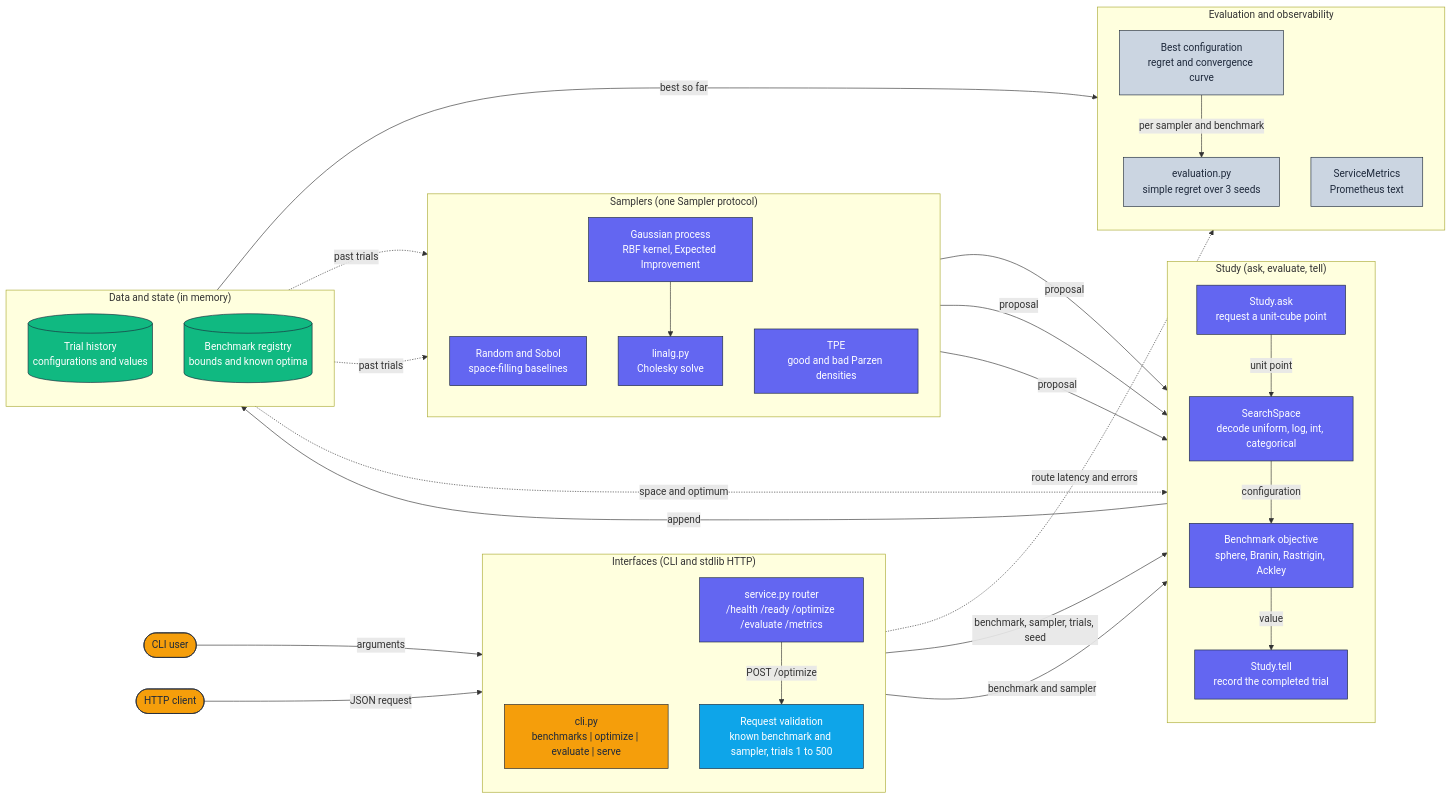
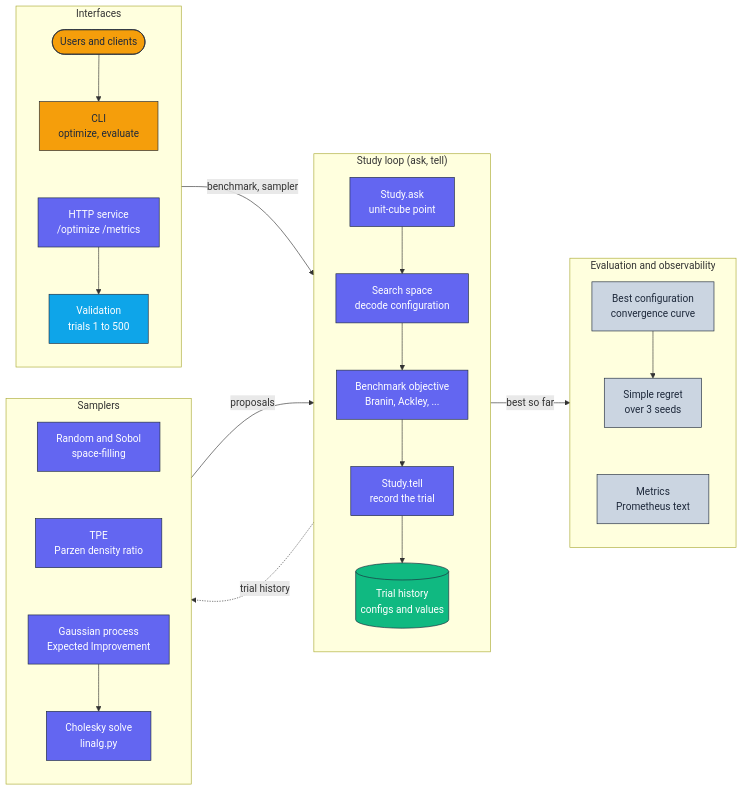
One commit to adeoluo/hyperparameter-optimizer changed the diagram in docs/architecture/architecture.mmd. Above: the diagram before and after it, drawn with Mermaid. The commit also changed 1 other file, not shown here.

Commit message:
docs: compact horizontal architecture diagram

```diff
--- a/docs/architecture/architecture.mmd
+++ b/docs/architecture/architecture.mmd
@@ -1,65 +1,47 @@
 flowchart LR
     classDef edge     fill:#F59E0B,stroke:#1E293B,color:#1E293B,stroke-width:1px;
     classDef core     fill:#6366F1,stroke:#1E293B,color:#ffffff,stroke-width:1px;
     classDef data     fill:#10B981,stroke:#1E293B,color:#ffffff,stroke-width:1px;
     classDef control  fill:#0EA5E9,stroke:#1E293B,color:#ffffff,stroke-width:1px;
     classDef obs      fill:#CBD5E1,stroke:#1E293B,color:#1E293B,stroke-width:1px;
 
-    User([CLI user]):::edge
-    Client([HTTP client]):::edge
-
-    subgraph Interfaces["Interfaces (CLI and stdlib HTTP)"]
+    subgraph Interfaces["Interfaces"]
         direction TB
-        CLI["cli.py<br/>benchmarks | optimize | evaluate | serve"]:::edge
-        Router["service.py router<br/>/health /ready /optimize /evaluate /metrics"]:::core
-        Validate["Request validation<br/>known benchmark and sampler, trials 1 to 500"]:::control
+        Users([Users and clients]):::edge
+        CLI["CLI<br/>optimize, evaluate"]:::edge
+        Router["HTTP service<br/>/optimize /metrics"]:::core
+        Validate["Validation<br/>trials 1 to 500"]:::control
+        Users --> CLI ~~~ Router --> Validate
     end
 
-    subgraph Loop["Study (ask, evaluate, tell)"]
+    subgraph Study["Study loop (ask, tell)"]
         direction TB
-        Ask["Study.ask<br/>request a unit-cube point"]:::core
-        Space["SearchSpace<br/>decode uniform, log, int, categorical"]:::core
-        Objective["Benchmark objective<br/>sphere, Branin, Rastrigin, Ackley"]:::core
-        Tell["Study.tell<br/>record the completed trial"]:::core
+        Ask["Study.ask<br/>unit-cube point"]:::core
+        Space["Search space<br/>decode configuration"]:::core
+        Objective["Benchmark objective<br/>Branin, Ackley, ..."]:::core
+        Tell["Study.tell<br/>record the trial"]:::core
+        History[("Trial history<br/>configs and values")]:::data
+        Ask --> Space --> Objective --> Tell --> History
     end
 
-    subgraph Samplers["Samplers (one Sampler protocol)"]
+    subgraph Samplers["Samplers"]
         direction TB
-        Random["Random and Sobol<br/>space-filling baselines"]:::core
-        TPE["TPE<br/>good and bad Parzen densities"]:::core
-        GP["Gaussian process<br/>RBF kernel, Expected Improvement"]:::core
-        Linalg["linalg.py<br/>Cholesky solve"]:::core
-    end
-
-    subgraph State["Data and state (in memory)"]
-        direction TB
-        History[("Trial history<br/>configurations and values")]:::data
-        Benchmarks[("Benchmark registry<br/>bounds and known optima")]:::data
+        Random["Random and Sobol<br/>space-filling"]:::core
+        TPE["TPE<br/>Parzen density ratio"]:::core
+        GP["Gaussian process<br/>Expected Improvement"]:::core
+        Linalg["Cholesky solve<br/>linalg.py"]:::core
+        Random ~~~ TPE ~~~ GP --> Linalg
     end
 
     subgraph Obs["Evaluation and observability"]
         direction TB
-        Result["Best configuration<br/>regret and convergence curve"]:::obs
-        Regret["evaluation.py<br/>simple regret over 3 seeds"]:::obs
-        Metrics["ServiceMetrics<br/>Prometheus text"]:::obs
+        Result["Best configuration<br/>convergence curve"]:::obs
+        Regret["Simple regret<br/>over 3 seeds"]:::obs
+        Metrics["Metrics<br/>Prometheus text"]:::obs
+        Result --> Regret ~~~ Metrics
     end
 
-    User -->|arguments| CLI
-    Client -->|JSON request| Router
-    Router -->|POST /optimize| Validate
-    Validate -->|benchmark, sampler, trials, seed| Ask
-    CLI -->|benchmark and sampler| Ask
-    Ask -->|unit point| Space
-    Space -->|configuration| Objective
-    Objective -->|value| Tell
-    Tell -->|append| History
-    History -.->|past trials| TPE
-    History -.->|past trials| GP
-    GP --> Linalg
-    Random -->|proposal| Ask
-    TPE -->|proposal| Ask
-    GP -->|proposal| Ask
-    Benchmarks -.->|space and optimum| Objective
-    History -->|best so far| Result
-    Result -->|per sampler and benchmark| Regret
-    Router -.->|route latency and errors| Metrics
+    Interfaces -->|benchmark, sampler| Study
+    Study -.->|trial history| Samplers
+    Samplers -->|proposals| Study
+    Study -->|best so far| Obs
```
